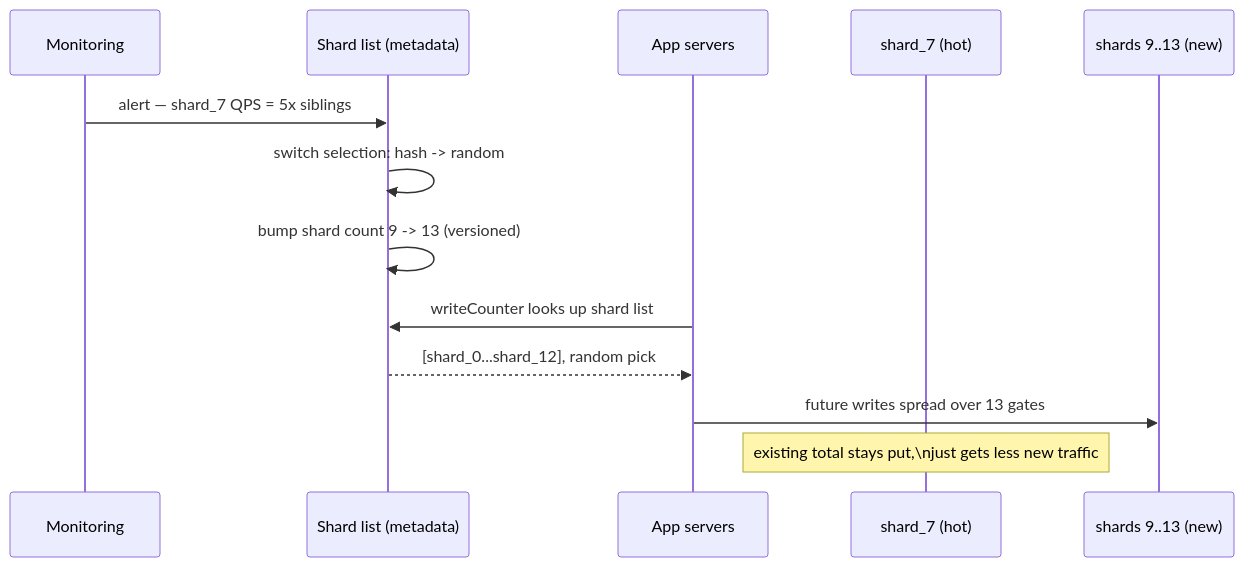
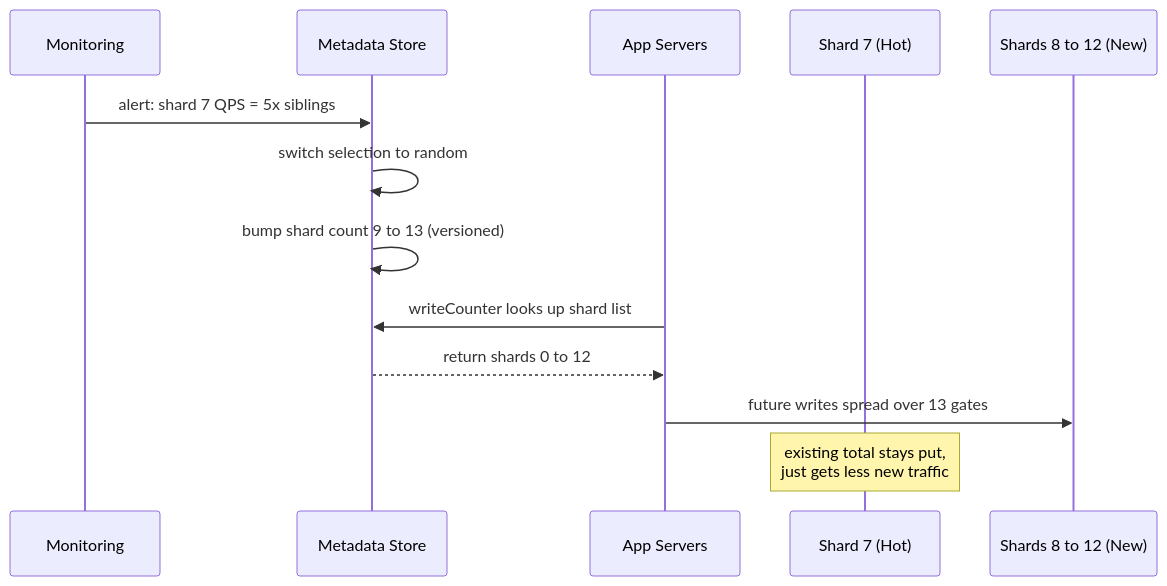
The fourth of 12 diagrams in system-design/HLD/0-course/24-Sharded-Counters-FAANG-Guide-story.md (riyaz-pasha/Learnings), drawn with Mermaid before and after one commit. The commit also changed other lines of this file and 1 other file, not shown here.

````diff
--- a/system-design/HLD/0-course/24-Sharded-Counters-FAANG-Guide-story.md
+++ b/system-design/HLD/0-course/24-Sharded-Counters-FAANG-Guide-story.md
@@ -88,16 +177,16 @@
 ```mermaid
 sequenceDiagram
     participant Mon as Monitoring
-    participant MD as Shard list (metadata)
-    participant AS as App servers
-    participant Hot as shard_7 (hot)
-    participant New as shards 9..13 (new)
+    participant MD as Metadata Store
+    participant AS as App Servers
+    participant Hot as Shard 7 (Hot)
+    participant New as Shards 8 to 12 (New)
 
-    Mon->>MD: alert — shard_7 QPS = 5x siblings
-    MD->>MD: switch selection: hash -> random
-    MD->>MD: bump shard count 9 -> 13 (versioned)
+    Mon->>MD: alert: shard 7 QPS = 5x siblings
+    MD->>MD: switch selection to random
+    MD->>MD: bump shard count 9 to 13 (versioned)
     AS->>MD: writeCounter looks up shard list
-    MD-->>AS: [shard_0...shard_12], random pick
+    MD-->>AS: return shards 0 to 12
     AS->>New: future writes spread over 13 gates
-    Note over Hot: existing total stays put,\njust gets less new traffic
+    Note over Hot: existing total stays put,<br/>just gets less new traffic
 ```
````
